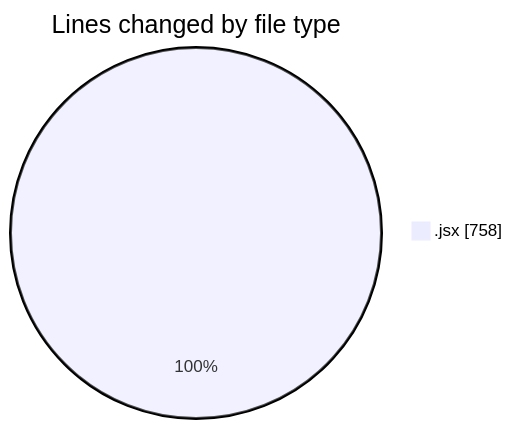
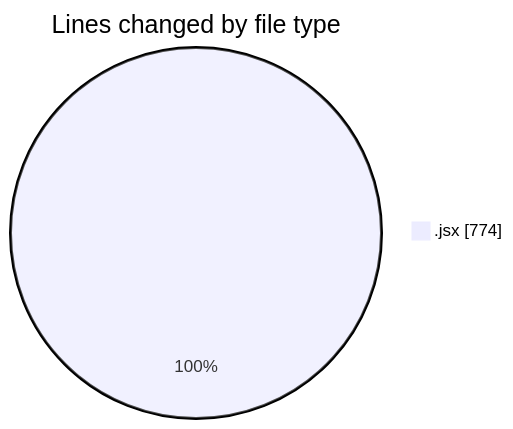
Before and after one commit to nxtqubesakshisongat/code-tracking: the first of 2 diagrams in 2025-05-27/nxtqube_webapp/README.md, drawn with Mermaid. The commit also changed other lines of this file and 1 other file, not shown here.

````diff
--- a/2025-05-27/nxtqube_webapp/README.md
+++ b/2025-05-27/nxtqube_webapp/README.md
@@ -21,5 +21,5 @@
 ```mermaid
 pie showData
 title Lines changed by file type
-".jsx" : 758
+".jsx" : 774
 ```
````
